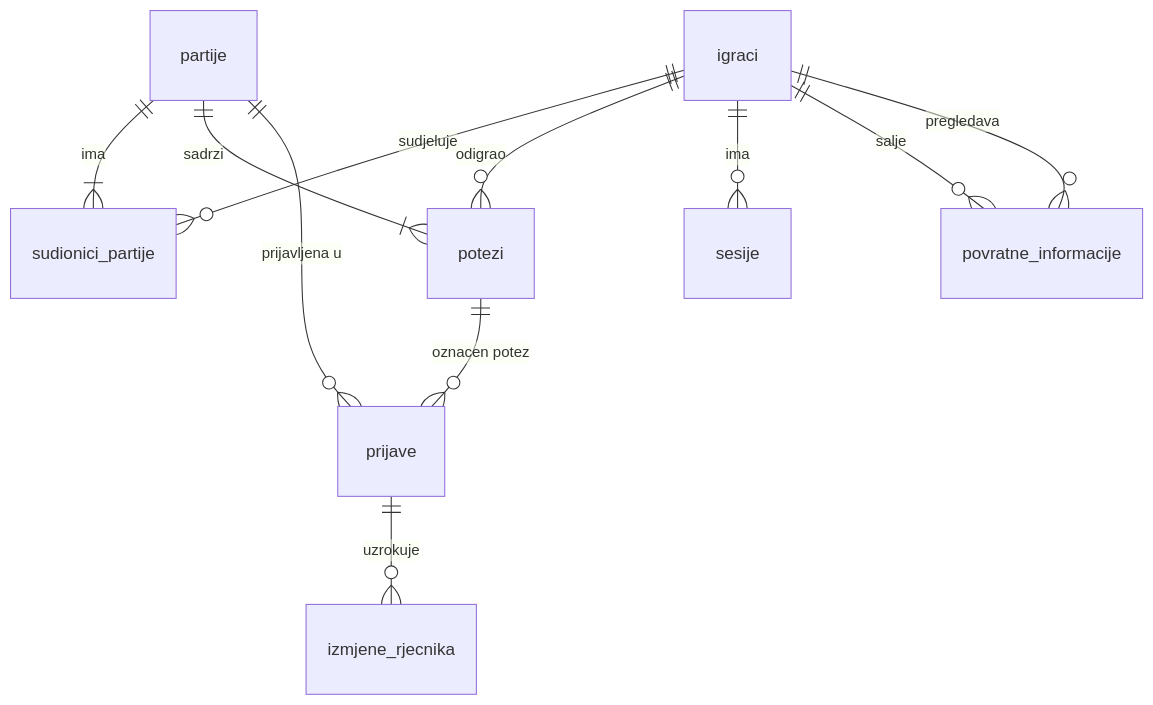
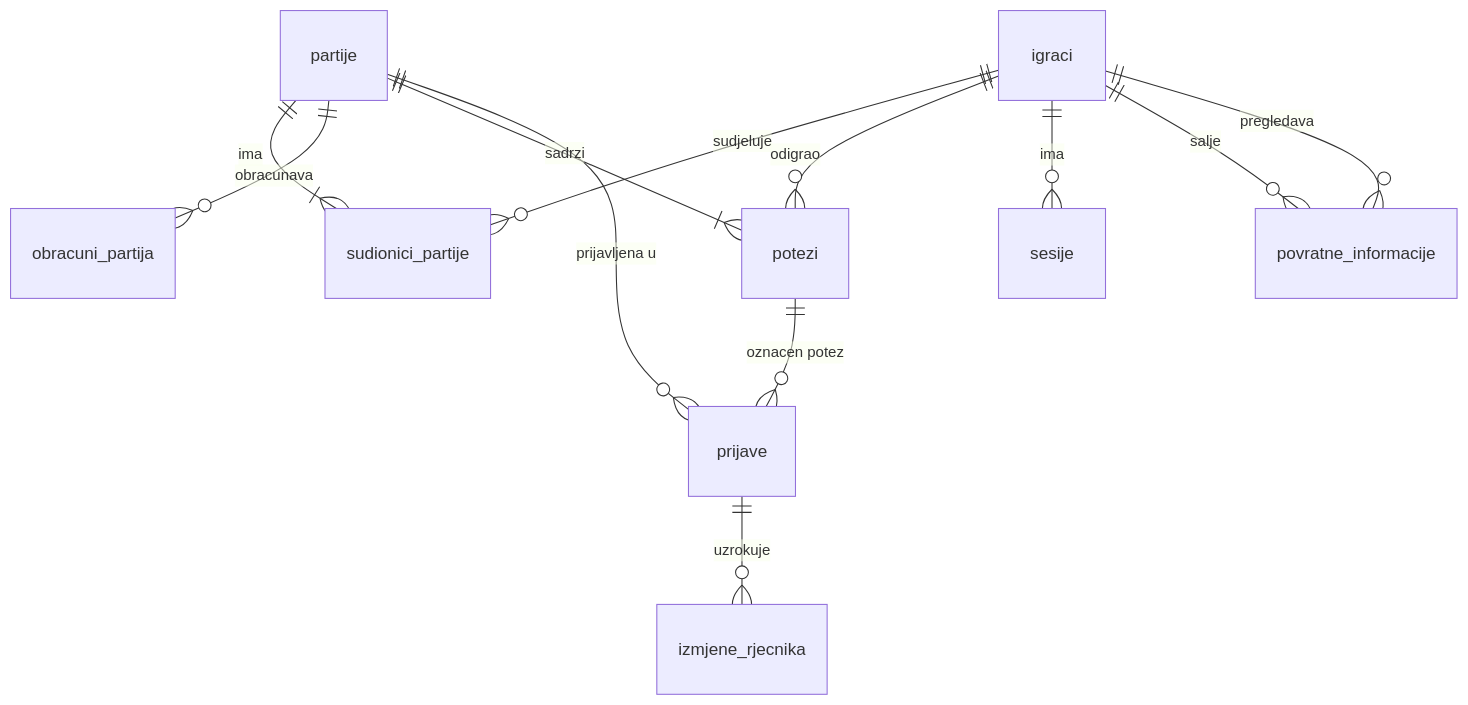
One commit to josipmestrovic/kaladont changed the diagram in docs/03-arhitektura/model-podataka.md. Above: the diagram before and after it, drawn with Mermaid. The commit also changed other lines of this file and 97 other files, not shown here.

````diff
--- a/docs/03-arhitektura/model-podataka.md
+++ b/docs/03-arhitektura/model-podataka.md
@@ -5,13 +5,14 @@
 ```mermaid
 erDiagram
     igraci ||--o{ sudionici_partije : sudjeluje
     partije ||--|{ sudionici_partije : ima
+    partije ||--o{ obracuni_partija : obracunava
     partije ||--|{ potezi : sadrzi
     igraci ||--o{ potezi : odigrao
     igraci ||--o{ sesije : ima
     partije ||--o{ prijave : "prijavljena u"
     potezi ||--o{ prijave : "oznacen potez"
     prijave ||--o{ izmjene_rjecnika : uzrokuje
     igraci ||--o{ povratne_informacije : salje
     igraci ||--o{ povratne_informacije : pregledava
 ```
````
